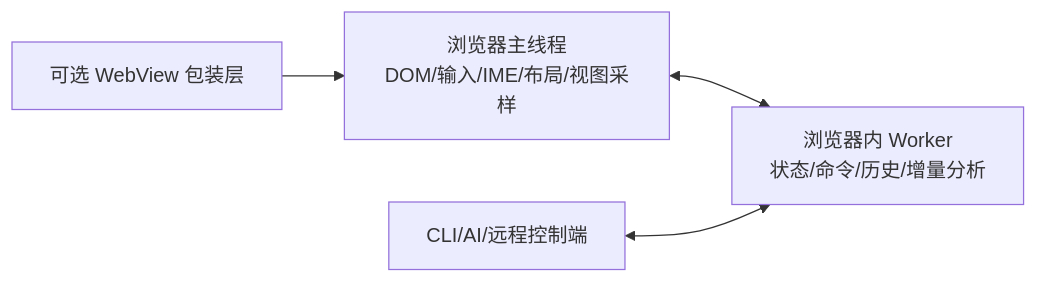
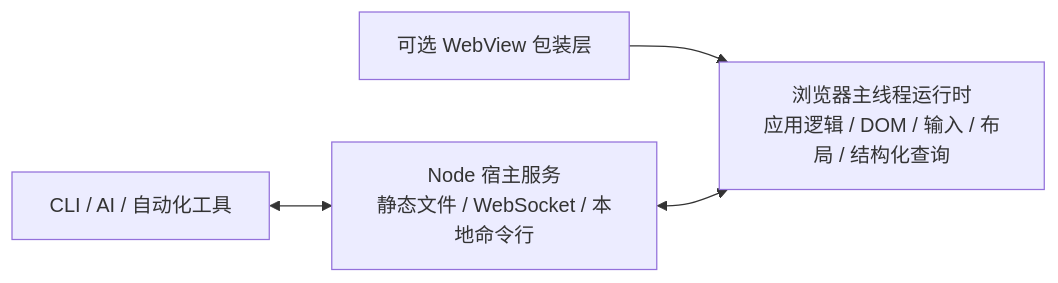
Before and after one commit to ch3coohlink/MetaEditor: the diagram in doc/design.md, drawn with Mermaid. The commit also changed other lines of this file and 6 other files, not shown here.

````diff
--- a/doc/design.md
+++ b/doc/design.md
@@ -71,11 +35,11 @@
 ```mermaid
 flowchart LR
   shell[可选 WebView 包装层]
-  main[浏览器主线程<br/>DOM/输入/IME/布局/视图采样]
-  worker[浏览器内 Worker<br/>状态/命令/历史/增量分析]
-  cli[CLI/AI/远程控制端]
+  main[浏览器主线程运行时<br/>应用逻辑 / DOM / 输入 / 布局 / 结构化查询]
+  cli[CLI / AI / 自动化工具]
+  host[Node 宿主服务<br/>静态文件 / WebSocket / 本地命令行]
 
   shell --> main
-  main <--> worker
-  cli <--> worker
+  cli <--> host
+  host <--> main
 ```
````
